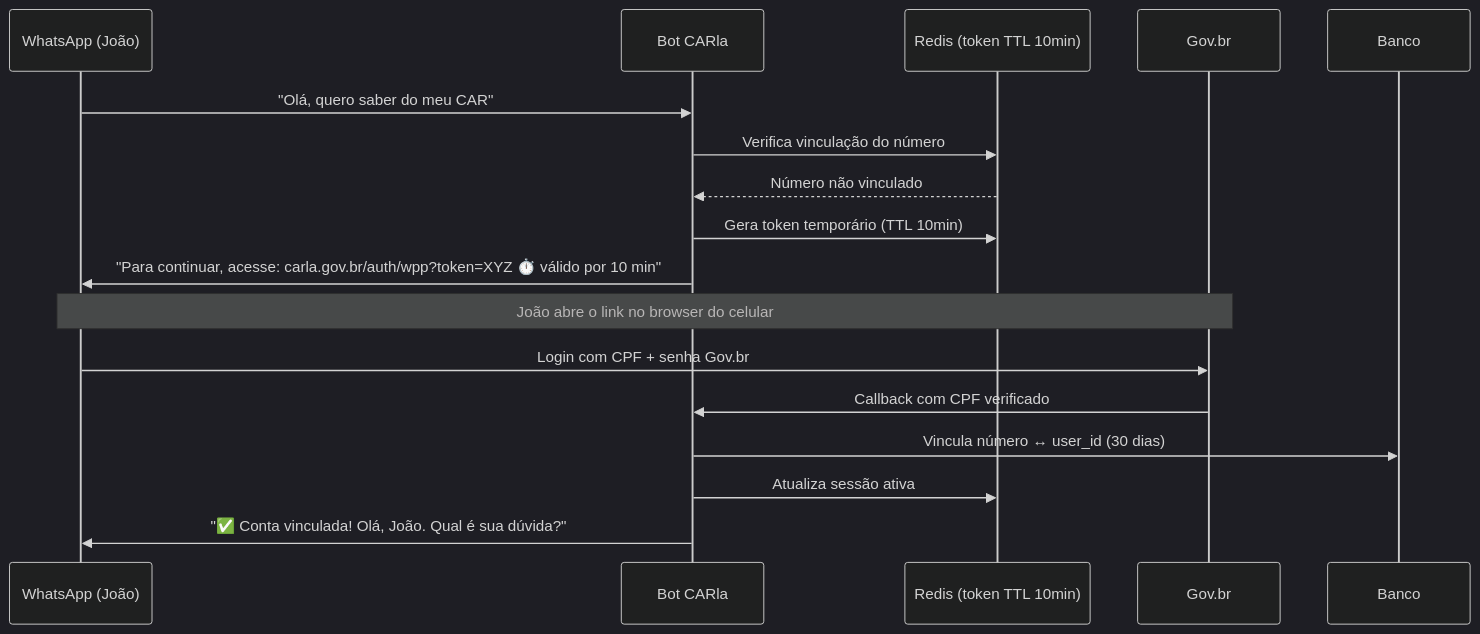
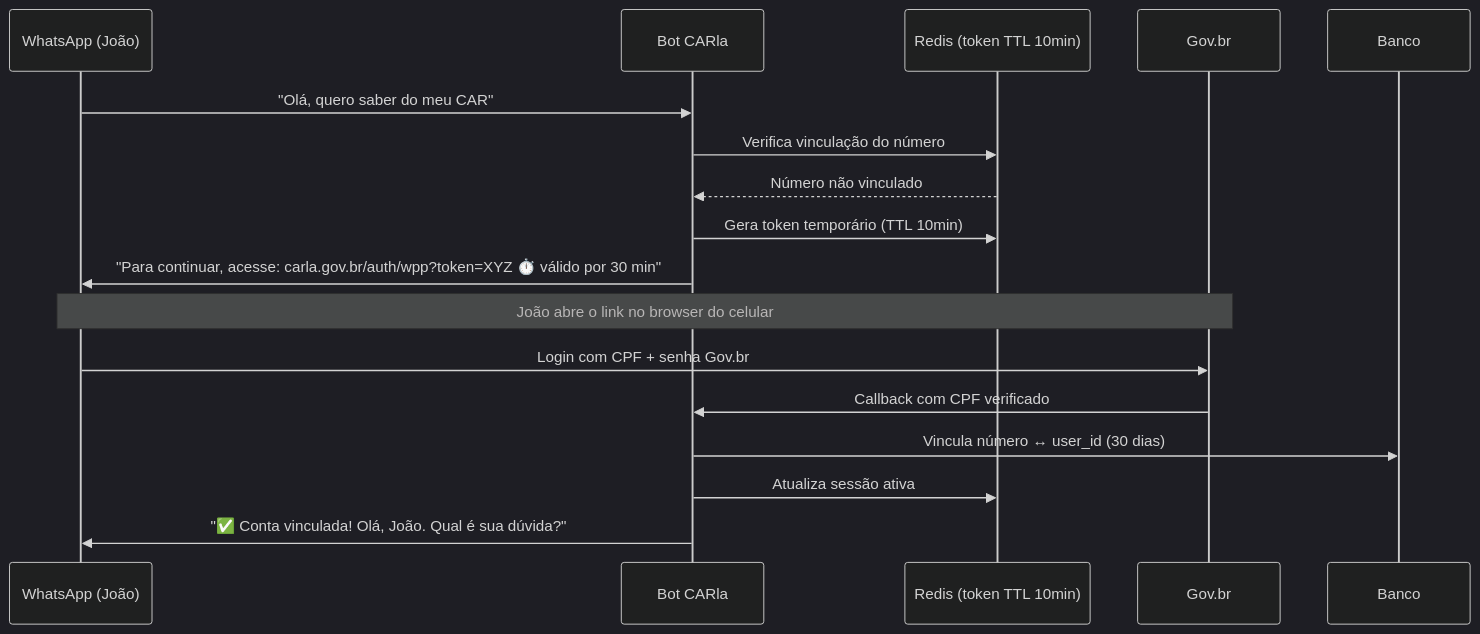
One commit to gresas/carla-cadastro-rural changed the diagram in website/docs/design/fluxos/whatsapp.md. Above: the diagram before and after it, drawn with Mermaid (dark theme). The commit also changed other lines of this file and 15 other files, not shown here.

````diff
--- a/website/docs/design/fluxos/whatsapp.md
+++ b/website/docs/design/fluxos/whatsapp.md
@@ -20,21 +20,21 @@
 ```mermaid
 sequenceDiagram
     participant W as WhatsApp (João)
     participant B as Bot CARla
     participant R as Redis (token TTL 10min)
     participant G as Gov.br
     participant DB as Banco
 
     W->>B: "Olá, quero saber do meu CAR"
     B->>R: Verifica vinculação do número
     R-->>B: Número não vinculado
     B->>R: Gera token temporário (TTL 10min)
-    B->>W: "Para continuar, acesse: carla.gov.br/auth/wpp?token=XYZ ⏱️ válido por 10 min"
+    B->>W: "Para continuar, acesse: carla.gov.br/auth/wpp?token=XYZ ⏱️ válido por 30 min"
 
     Note over W,G: João abre o link no browser do celular
     W->>G: Login com CPF + senha Gov.br
     G->>B: Callback com CPF verificado
     B->>DB: Vincula número ↔ user_id (30 dias)
     B->>R: Atualiza sessão ativa
     B->>W: "✅ Conta vinculada! Olá, João. Qual é sua dúvida?"
 ```
````
